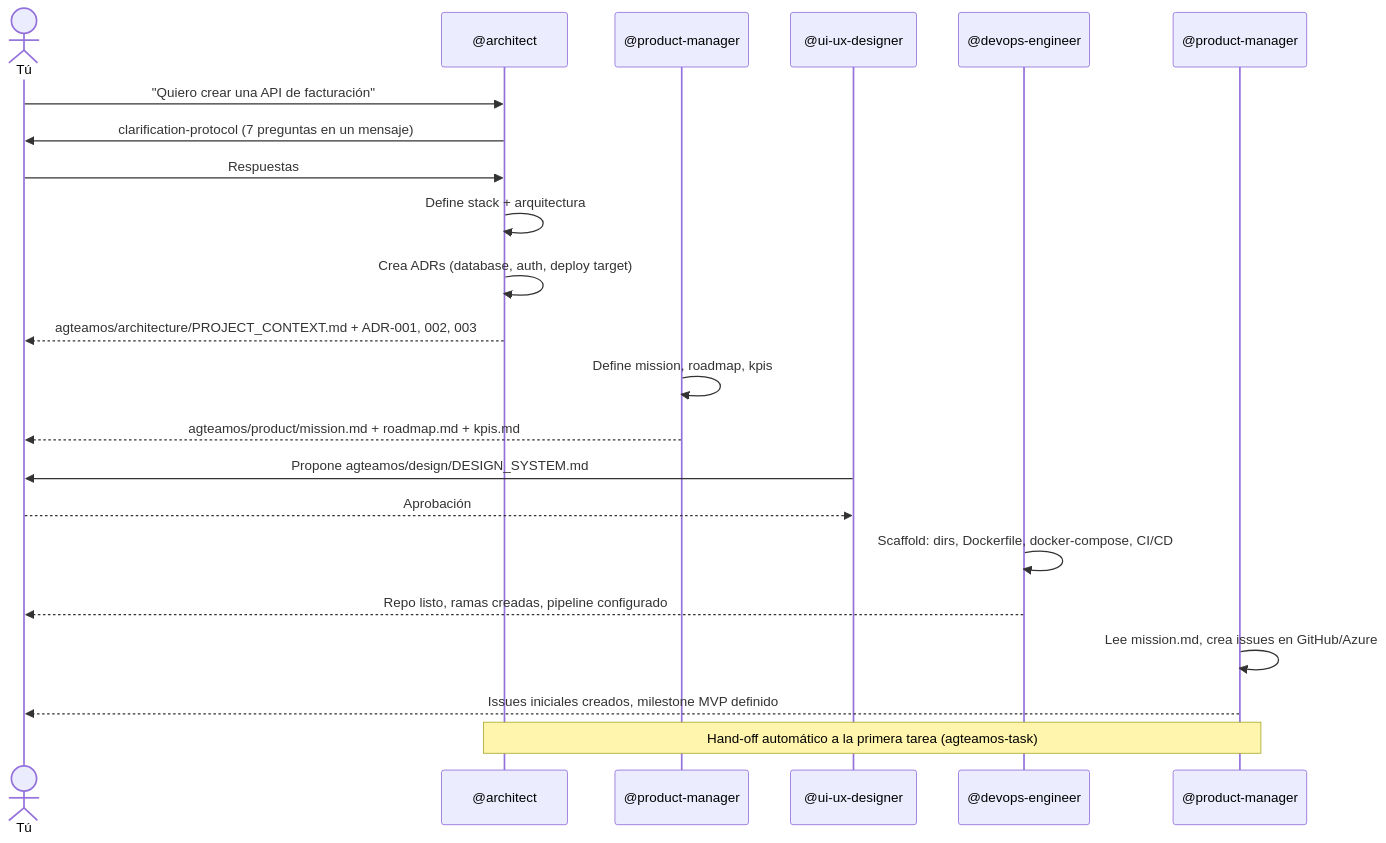
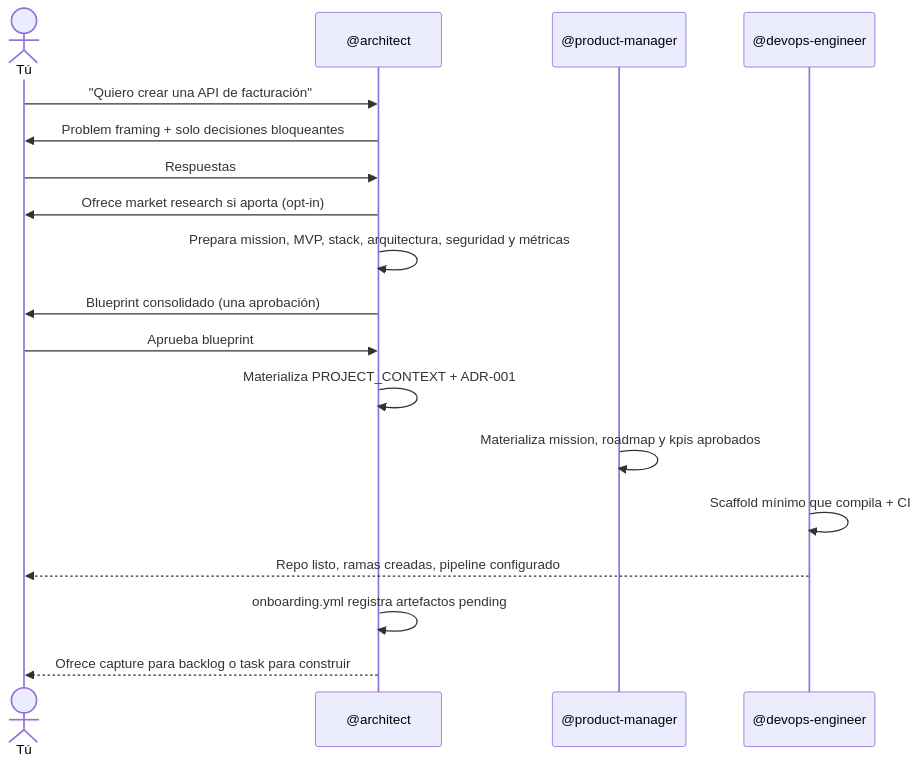
Before and after one commit to EJBereguete/claude-plugins: the first of 2 diagrams in agteamos/docs/primeros-pasos/01-quickstart.md, drawn with Mermaid. The commit also changed other lines of this file and 135 other files, not shown here.

````diff
--- a/agteamos/docs/primeros-pasos/01-quickstart.md
+++ b/agteamos/docs/primeros-pasos/01-quickstart.md
@@ -71,31 +78,24 @@
 ```mermaid
 sequenceDiagram
     actor U as Tú
     participant AR as @architect
     participant PO as @product-manager
-    participant UX as @ui-ux-designer
     participant DO as @devops-engineer
-    participant PM as @product-manager
 
     U->>AR: "Quiero crear una API de facturación"
-    AR->>U: clarification-protocol (7 preguntas en un mensaje)
+    AR->>U: Problem framing + solo decisiones bloqueantes
     U->>AR: Respuestas
+    AR->>U: Ofrece market research si aporta (opt-in)
+    AR->>AR: Prepara mission, MVP, stack, arquitectura, seguridad y métricas
+    AR->>U: Blueprint consolidado (una aprobación)
+    U->>AR: Aprueba blueprint
 
-    AR->>AR: Define stack + arquitectura
-    AR->>AR: Crea ADRs (database, auth, deploy target)
-    AR-->>U: agteamos/architecture/PROJECT_CONTEXT.md + ADR-001, 002, 003
+    AR->>AR: Materializa PROJECT_CONTEXT + ADR-001
+    PO->>PO: Materializa mission, roadmap y kpis aprobados
 
-    PO->>PO: Define mission, roadmap, kpis
-    PO-->>U: agteamos/product/mission.md + roadmap.md + kpis.md
-
-    UX->>U: Propone agteamos/design/DESIGN_SYSTEM.md
-    U-->>UX: Aprobación
-
-    DO->>DO: Scaffold: dirs, Dockerfile, docker-compose, CI/CD
+    DO->>DO: Scaffold mínimo que compila + CI
     DO-->>U: Repo listo, ramas creadas, pipeline configurado
 
-    PM->>PM: Lee mission.md, crea issues en GitHub/Azure
-    PM-->>U: Issues iniciales creados, milestone MVP definido
-
-    Note over AR,PM: Hand-off automático a la primera tarea (agteamos-task)
+    AR->>AR: onboarding.yml registra artefactos pending
+    AR-->>U: Ofrece capture para backlog o task para construir
 ```
````
